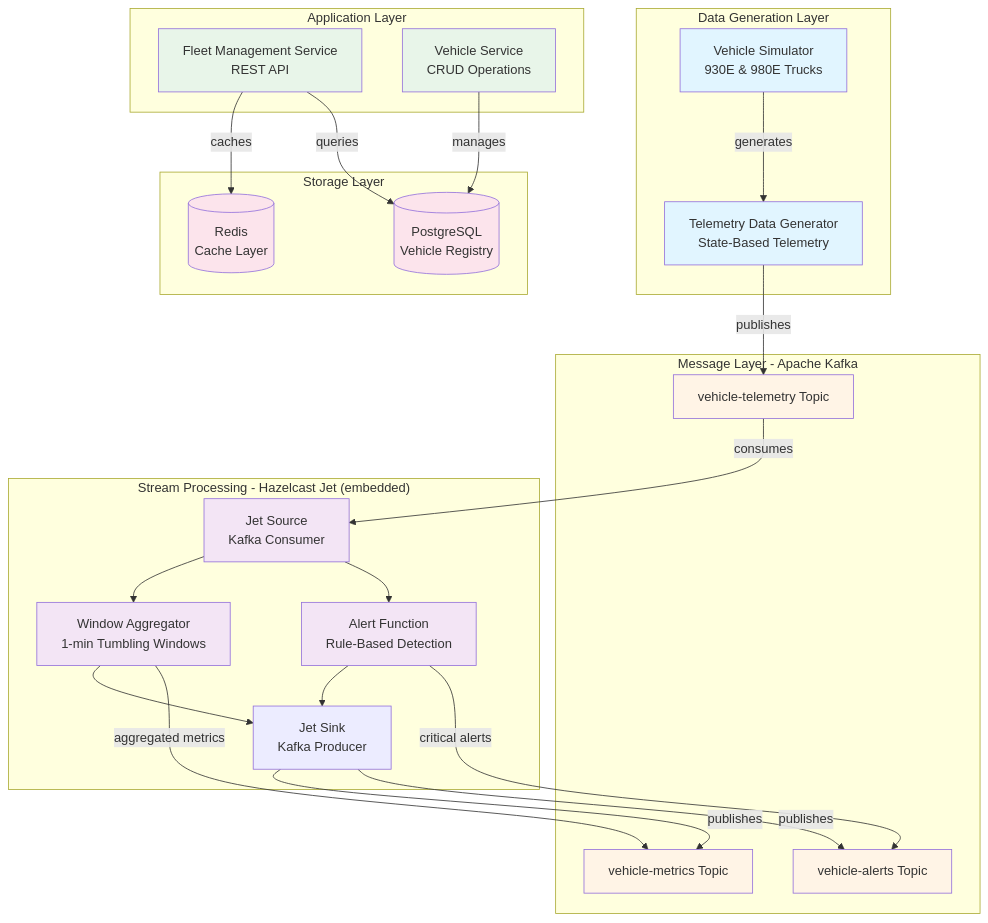
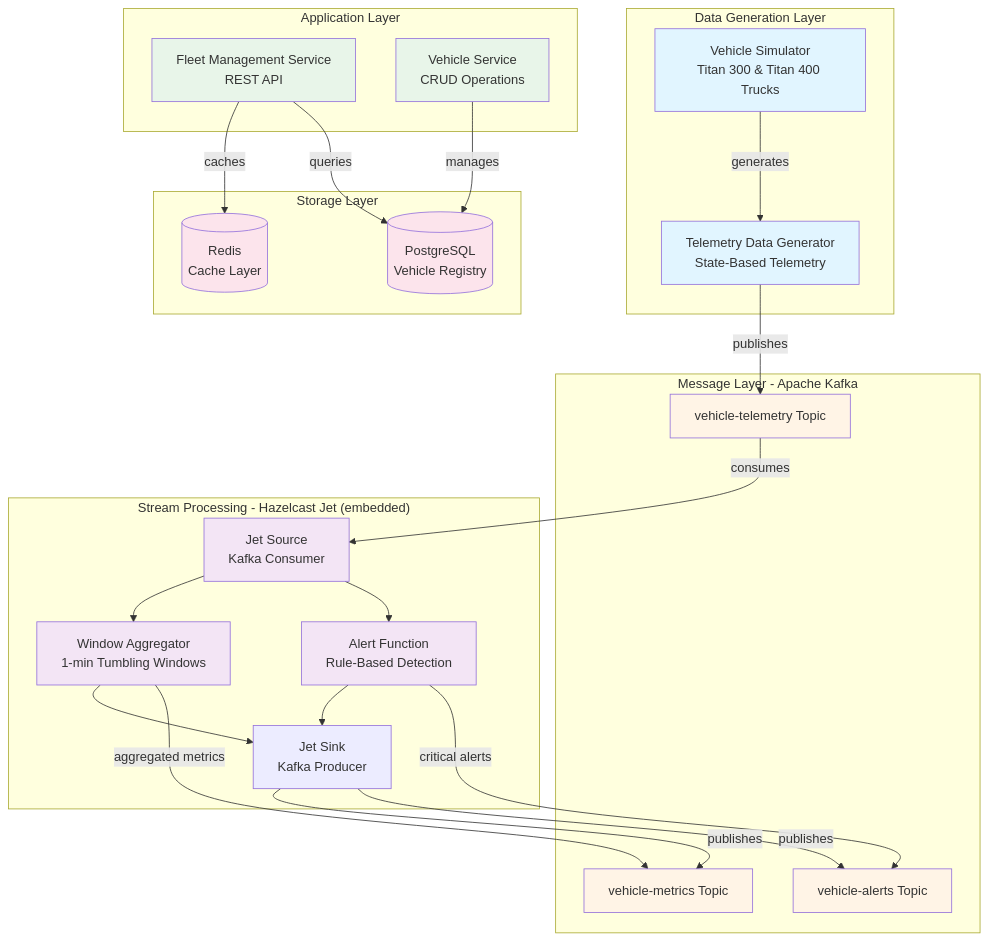
One commit to Shallako/ShuzAHS changed the first of 18 diagrams in DIAGRAMS.md. Above: the diagram before and after it, drawn with Mermaid. The commit also changed other lines of this file and 33 other files, not shown here.

````diff
--- a/DIAGRAMS.md
+++ b/DIAGRAMS.md
@@ -27,59 +27,59 @@
 ```mermaid
 graph TB
     subgraph "Data Generation Layer"
-        VG[Vehicle Simulator<br/>930E & 980E Trucks]
+        VG[Vehicle Simulator<br/>Titan 300 & Titan 400 Trucks]
         TDG[Telemetry Data Generator<br/>State-Based Telemetry]
     end
     
     subgraph "Message Layer - Apache Kafka"
         KT1[vehicle-telemetry Topic]
         KT2[vehicle-alerts Topic]
         KT3[vehicle-metrics Topic]
     end
     
     subgraph "Stream Processing - Hazelcast Jet (embedded)"
         FS[Jet Source<br/>Kafka Consumer]
         AF[Alert Function<br/>Rule-Based Detection]
         WA[Window Aggregator<br/>1-min Tumbling Windows]
         FK[Jet Sink<br/>Kafka Producer]
     end
     
     subgraph "Application Layer"
         FM[Fleet Management Service<br/>REST API]
         VS[Vehicle Service<br/>CRUD Operations]
     end
     
     subgraph "Storage Layer"
         PG[(PostgreSQL<br/>Vehicle Registry)]
         RD[(Redis<br/>Cache Layer)]
     end
     
     VG -->|generates| TDG
     TDG -->|publishes| KT1
     KT1 -->|consumes| FS
     FS --> AF
     FS --> WA
     AF -->|critical alerts| KT2
     WA -->|aggregated metrics| KT3
     AF --> FK
     WA --> FK
     FK -->|publishes| KT2
     FK -->|publishes| KT3
     
     FM -->|queries| PG
     FM -->|caches| RD
     VS -->|manages| PG
     
     style VG fill:#e1f5ff
     style TDG fill:#e1f5ff
     style KT1 fill:#fff4e6
     style KT2 fill:#fff4e6
     style KT3 fill:#fff4e6
     style FS fill:#f3e5f5
     style AF fill:#f3e5f5
     style WA fill:#f3e5f5
     style FM fill:#e8f5e9
     style VS fill:#e8f5e9
     style PG fill:#fce4ec
     style RD fill:#fce4ec
 ```
````
